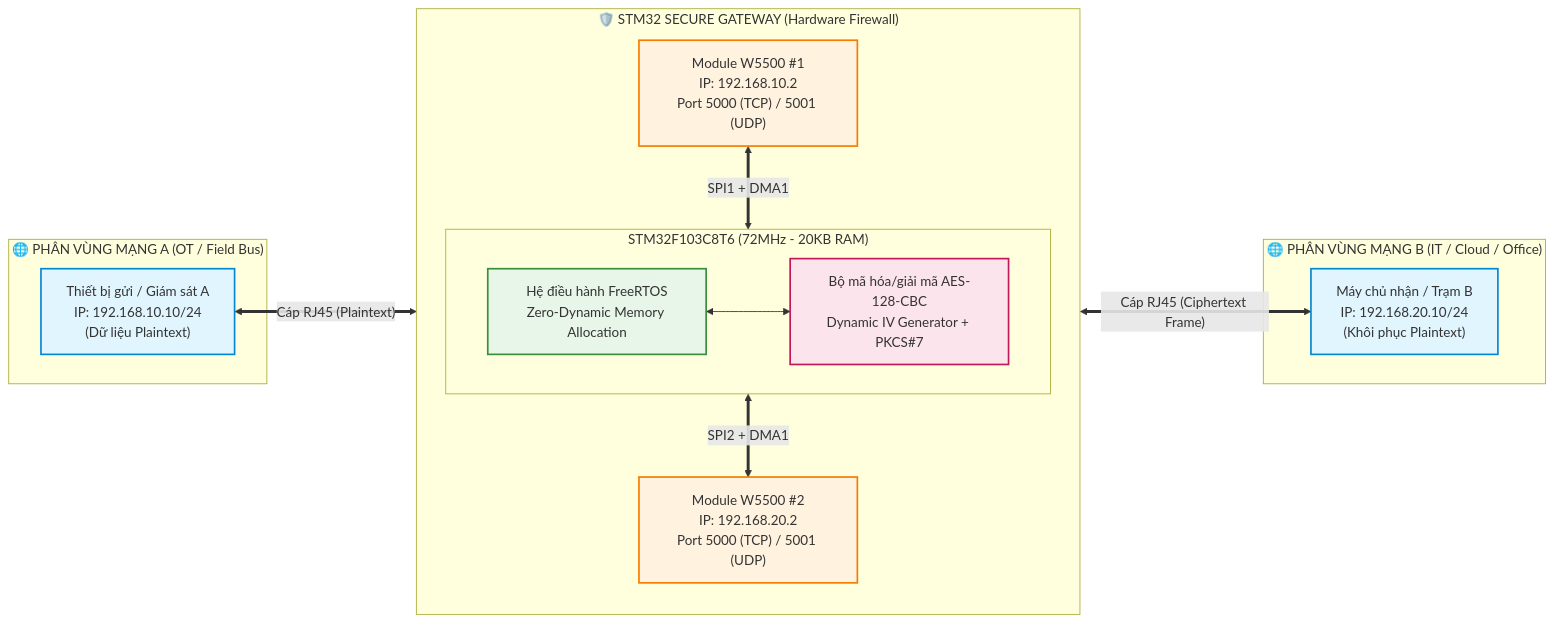
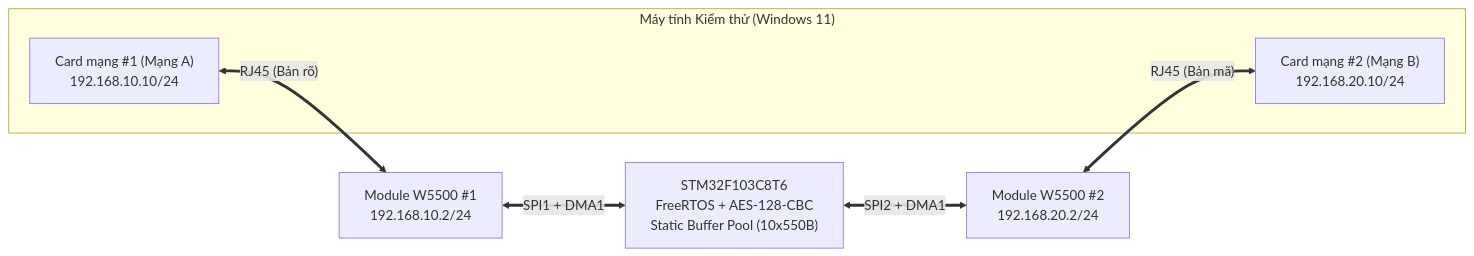
Before and after one commit to imryux/Secure_Gateway_AES128_STM32: the diagram in README.md, drawn with Mermaid. The commit also changed other lines of this file, not shown here.

````diff
--- a/README.md
+++ b/README.md
@@ -41,36 +25,16 @@
 ```mermaid
-flowchart LR
-    classDef net fill:#e1f5fe,stroke:#0288d1,stroke-width:2px;
-    classDef gw fill:#fff3e0,stroke:#f57c00,stroke-width:2px;
-    classDef mcu fill:#e8f5e9,stroke:#388e3c,stroke-width:2px;
-    classDef sec fill:#fce4ec,stroke:#c2185b,stroke-width:2px;
-
-    subgraph NET_A["🌐 PHÂN VÙNG MẠNG A (OT / Field Bus)"]
-        CLIENT_A["Thiết bị gửi / Giám sát A<br/>IP: 192.168.10.10/24<br/>(Dữ liệu Plaintext)"]
+graph LR
+    subgraph PC ["Máy tính Kiểm thử (Windows 11)"]
+        NIC_A["Card mạng #1 (Mạng A)<br/>192.168.10.10/24"]
+        NIC_B["Card mạng #2 (Mạng B)<br/>192.168.20.10/24"]
     end
 
-    subgraph GATEWAY["🛡️ STM32 SECURE GATEWAY (Hardware Firewall)"]
-        direction TB
-        W5500_1["Module W5500 #1<br/>IP: 192.168.10.2<br/>Port 5000 (TCP) / 5001 (UDP)"]:::gw
-        
-        subgraph STM32_CORE["STM32F103C8T6 (72MHz - 20KB RAM)"]
-            RTOS["Hệ điều hành FreeRTOS<br/>Zero-Dynamic Memory Allocation"]:::mcu
-            CRYPTO["Bộ mã hóa/giải mã AES-128-CBC<br/>Dynamic IV Generator + PKCS#7"]:::sec
-            RTOS <--> CRYPTO
-        end
+    W5500_A["Module W5500 #1<br/>192.168.10.2/24"]
+    MCU["STM32F103C8T6<br/>FreeRTOS + AES-128-CBC<br/>Static Buffer Pool (10x550B)"]
+    W5500_B["Module W5500 #2<br/>192.168.20.2/24"]
 
-        W5500_2["Module W5500 #2<br/>IP: 192.168.20.2<br/>Port 5000 (TCP) / 5001 (UDP)"]:::gw
-
-        W5500_1 <==>|SPI1 + DMA1| STM32_CORE
-        STM32_CORE <==>|SPI2 + DMA1| W5500_2
-    end
-
-    subgraph NET_B["🌐 PHÂN VÙNG MẠNG B (IT / Cloud / Office)"]
-        CLIENT_B["Máy chủ nhận / Trạm B<br/>IP: 192.168.20.10/24<br/>(Khôi phục Plaintext)"]
-    end
-
-    CLIENT_A <==>|"Cáp RJ45 (Plaintext)"| W5500_1
-    W5500_2 <==>|"Cáp RJ45 (Ciphertext Frame)"| CLIENT_B
-
-    class CLIENT_A,CLIENT_B net;
+    NIC_A <==>|"RJ45 (Bản rõ)"| W5500_A
+    W5500_A <==>|"SPI1 + DMA1"| MCU
+    MCU <==>|"SPI2 + DMA1"| W5500_B
+    W5500_B <==>|"RJ45 (Bản mã)"| NIC_B
 ```
````
